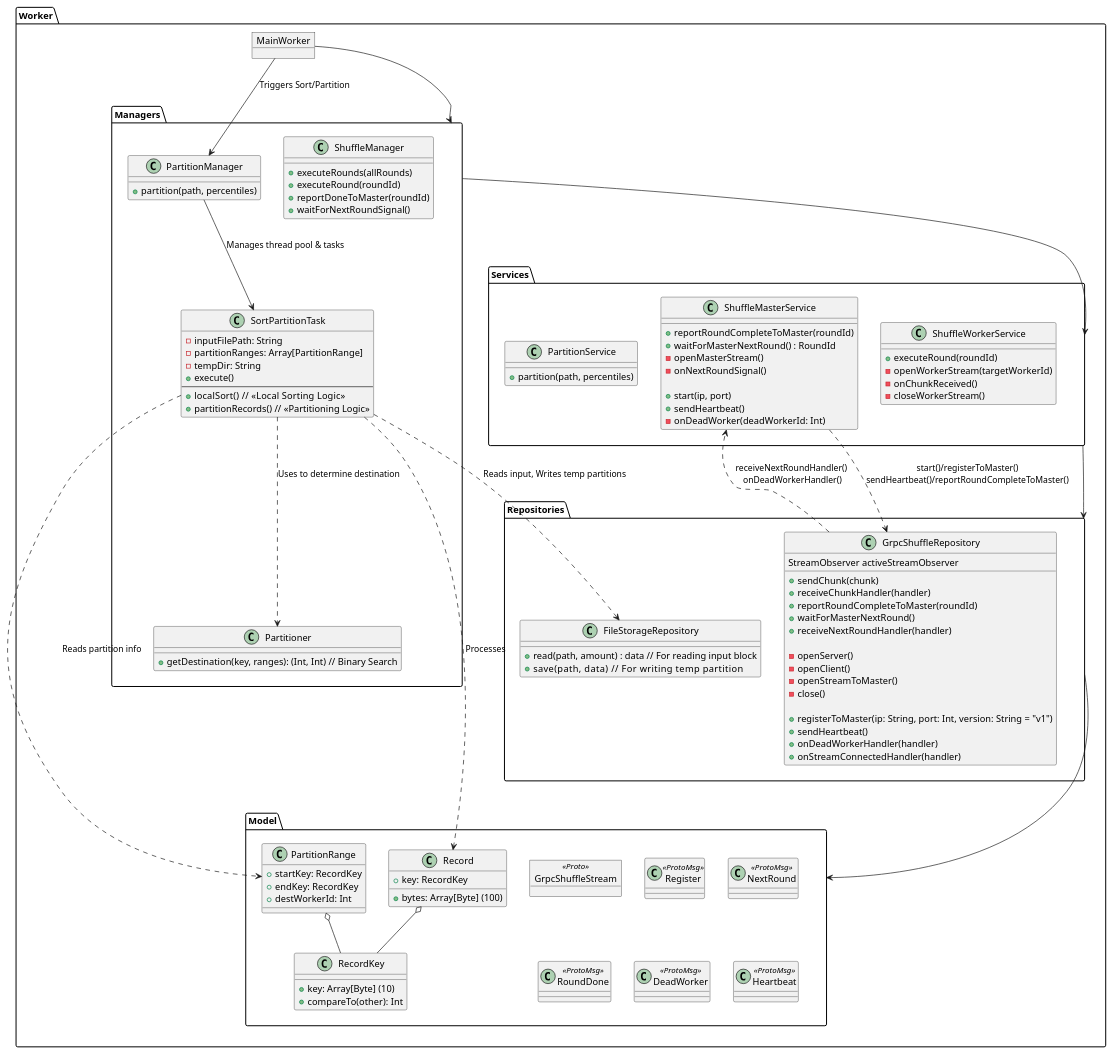
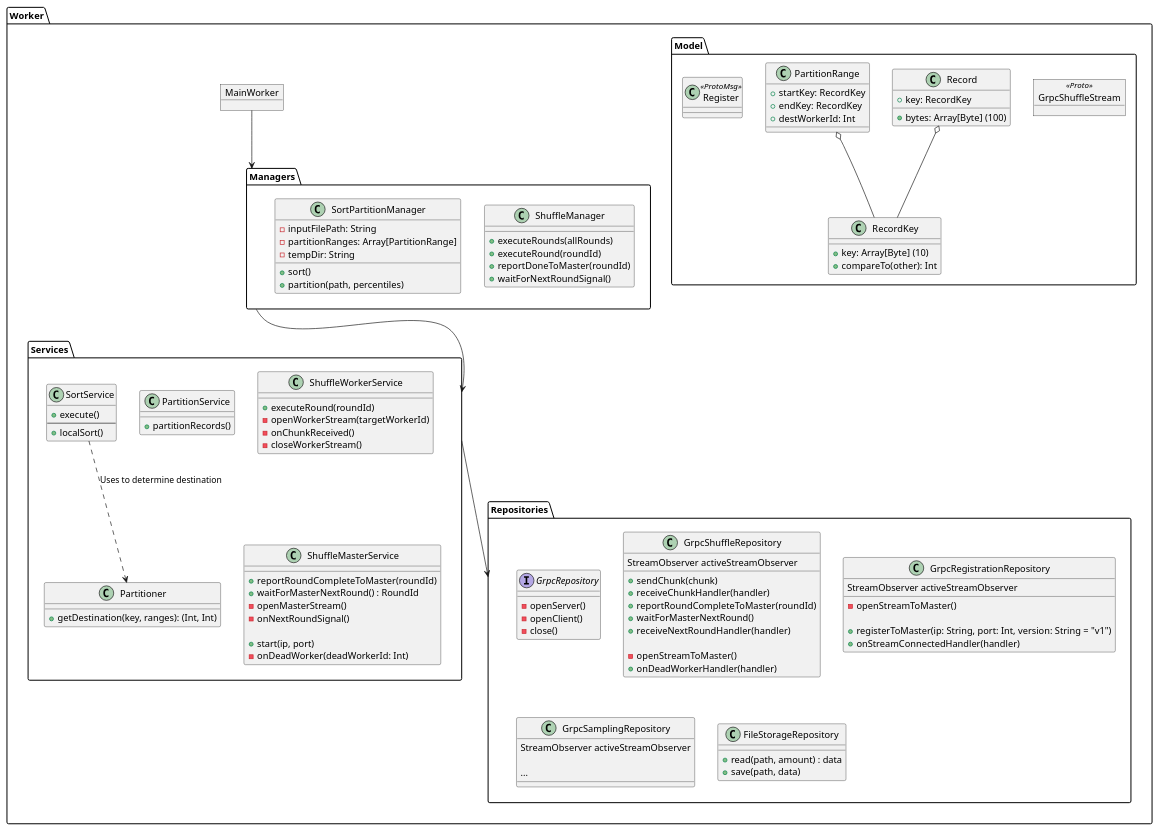
The diagram in doc/module diagram/Worker.puml (ksw20020/332project), drawn with PlantUML before and after one commit. The commit also changed 1 other file, not shown here.

Commit message:
update class diagram

```diff
--- a/doc/module diagram/Worker.puml
+++ b/doc/module diagram/Worker.puml
@@ -1,135 +1,137 @@
 @startuml Worker_Module_Diagram
 
 package Worker {
     object MainWorker 
 
     folder "Managers" {
         class ShuffleManager {
             + executeRounds(allRounds)
             + executeRound(roundId)
             + reportDoneToMaster(roundId)
             + waitForNextRoundSignal()
         }
 
-        class PartitionManager {
+        class SortPartitionManager {
+            - inputFilePath: String
+            - partitionRanges: Array[PartitionRange]
+            - tempDir: String
+            + sort()
             + partition(path, percentiles)
         }
         
-        class SortPartitionTask {
-            - inputFilePath: String
-            - partitionRanges: Array[PartitionRange]
-            - tempDir: String
-            + execute()
-            --
-            + localSort()   // << Local Sorting Logic >>
-            + partitionRecords() // << Partitioning Logic >>
-        }
-        
-        class Partitioner {
-            + getDestination(key, ranges): (Int, Int) // Binary Search
-        }
     }
 
     folder "Services" {
+        
+        class SortService {
+            + execute()
+            --
+            + localSort()
+        }
+
+        class PartitionService {
+            + partitionRecords()
+        }
+
+        class Partitioner {
+            + getDestination(key, ranges): (Int, Int)
+        }
+
         class ShuffleWorkerService {
             + executeRound(roundId)
             - openWorkerStream(targetWorkerId)
             - onChunkReceived()
             - closeWorkerStream()
         }
 
         class ShuffleMasterService {
             + reportRoundCompleteToMaster(roundId)
             + waitForMasterNextRound() : RoundId
             - openMasterStream()
             - onNextRoundSignal()
 
             + start(ip, port)
-            + sendHeartbeat()
             - onDeadWorker(deadWorkerId: Int)
-        }
-
-        class PartitionService {
-            + partition(path, percentiles)
         }
     }
     
     folder "Repositories" {
+        interface GrpcRepository {
+            
+            - openServer()
+            - openClient()
+            - close()
+
+        }
+
         class GrpcShuffleRepository {
             StreamObserver activeStreamObserver
 
             + sendChunk(chunk)
             + receiveChunkHandler(handler)
             + reportRoundCompleteToMaster(roundId)
             + waitForMasterNextRound()
             + receiveNextRoundHandler(handler)
             
-            - openServer()
-            - openClient()
             - openStreamToMaster()
-            - close()
+            + onDeadWorkerHandler(handler)
+        }
+
+        class GrpcRegistrationRepository {
+            StreamObserver activeStreamObserver
+
+            - openStreamToMaster()
 
             + registerToMaster(ip: String, port: Int, version: String = "v1")
-            + sendHeartbeat()
-            + onDeadWorkerHandler(handler)
             + onStreamConnectedHandler(handler)
+        }
+
+        class GrpcSamplingRepository {
+            StreamObserver activeStreamObserver
+
+            ...
         }
             
         class FileStorageRepository {
-            + read(path, amount) : data // For reading input block
-            + save(path, data)        // For writing temp partition
+            + read(path, amount) : data
+            + save(path, data)
         }
     }
     
     folder Model {
         object GrpcShuffleStream <<Proto>>
         
         class RecordKey {
             + key: Array[Byte] (10)
             + compareTo(other): Int
         }
         
         class Record {
             + bytes: Array[Byte] (100)
             + key: RecordKey
         }
         
         class PartitionRange {
             + startKey: RecordKey
             + endKey: RecordKey
             + destWorkerId: Int
         }
 
         class Register   <<ProtoMsg>>
-        class NextRound  <<ProtoMsg>>
-        class RoundDone  <<ProtoMsg>>
-        class DeadWorker <<ProtoMsg>>
-        class Heartbeat  <<ProtoMsg>>
 
     }
 
     ' Relationships
-    MainWorker --> PartitionManager : Triggers Sort/Partition
-    PartitionManager --> SortPartitionTask : Manages thread pool & tasks
-    
-    SortPartitionTask ..> Partitioner : Uses to determine destination
-    SortPartitionTask ..> Record : Processes
-    SortPartitionTask ..> PartitionRange : Reads partition info
-    SortPartitionTask ..> FileStorageRepository : Reads input, Writes temp partitions
-
-    ShuffleMasterService ..> GrpcShuffleRepository : start()/registerToMaster()\nsendHeartbeat()/reportRoundCompleteToMaster()
-    GrpcShuffleRepository ..> ShuffleMasterService : receiveNextRoundHandler()\n onDeadWorkerHandler()
+    SortService ..> Partitioner : Uses to determine destination
     
     ' Model relationships
     Record o-- RecordKey
     PartitionRange o-- RecordKey
     
     ' Existing Relationships
     MainWorker --> Managers
     Managers --> Services
     Services --> Repositories
-    Repositories --> Model
-
 
 }
 @enduml
```
